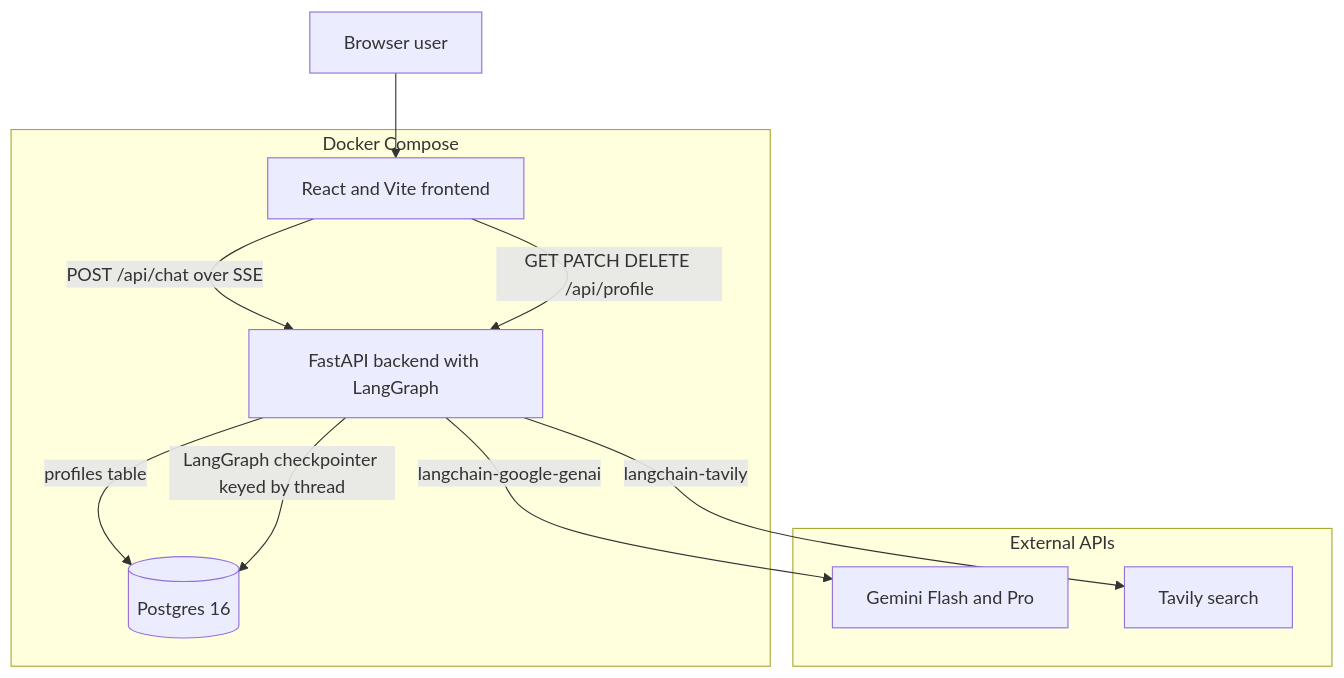
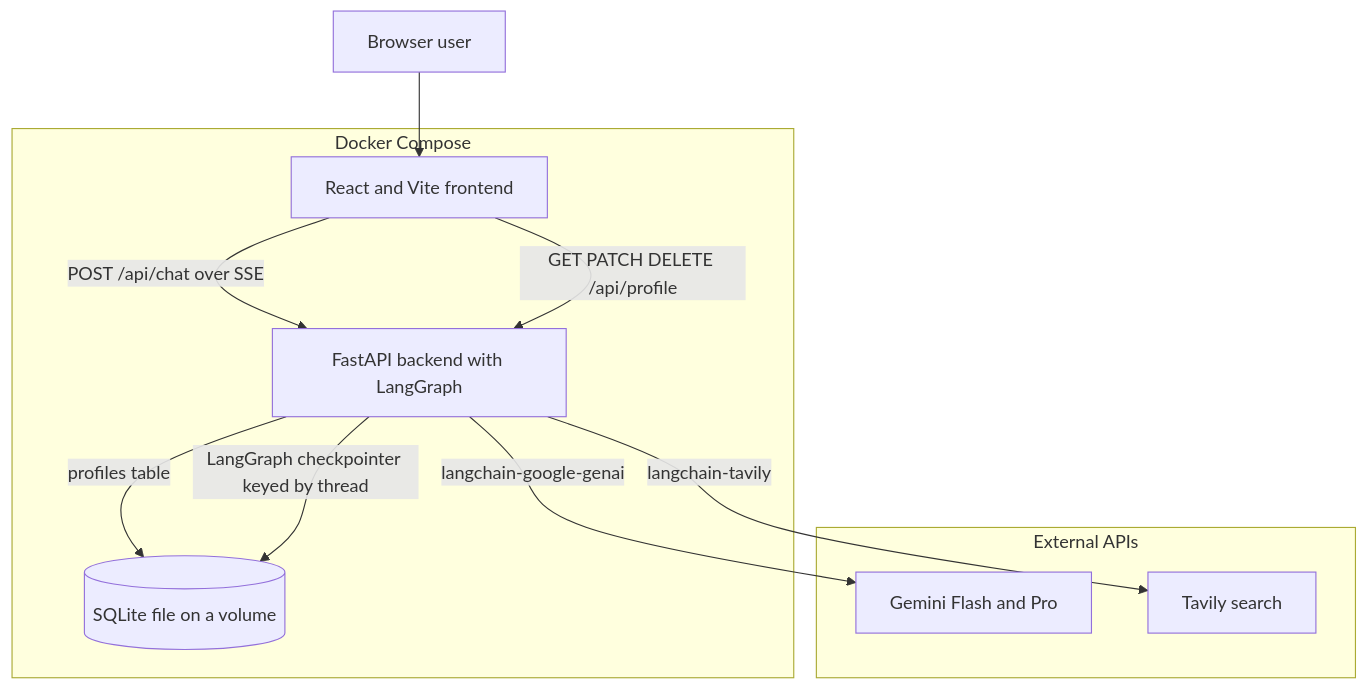
Before and after one commit to MuradAles/PantryPal: the first of 5 diagrams in ARCHITECTURE.md, drawn with Mermaid. The commit also changed other lines of this file and 9 other files, not shown here.

````diff
--- a/ARCHITECTURE.md
+++ b/ARCHITECTURE.md
@@ -9,23 +9,23 @@
 ```mermaid
 graph TB
     User[Browser user]
 
     subgraph compose[Docker Compose]
         FE[React and Vite frontend]
         BE[FastAPI backend with LangGraph]
-        DB[(Postgres 16)]
+        DB[(SQLite file on a volume)]
     end
 
     subgraph ext[External APIs]
         GEM[Gemini Flash and Pro]
         TAV[Tavily search]
     end
 
     User --> FE
     FE -->|POST /api/chat over SSE| BE
     FE -->|GET PATCH DELETE /api/profile| BE
     BE -->|profiles table| DB
     BE -->|LangGraph checkpointer keyed by thread| DB
     BE -->|langchain-google-genai| GEM
     BE -->|langchain-tavily| TAV
 ```
````
